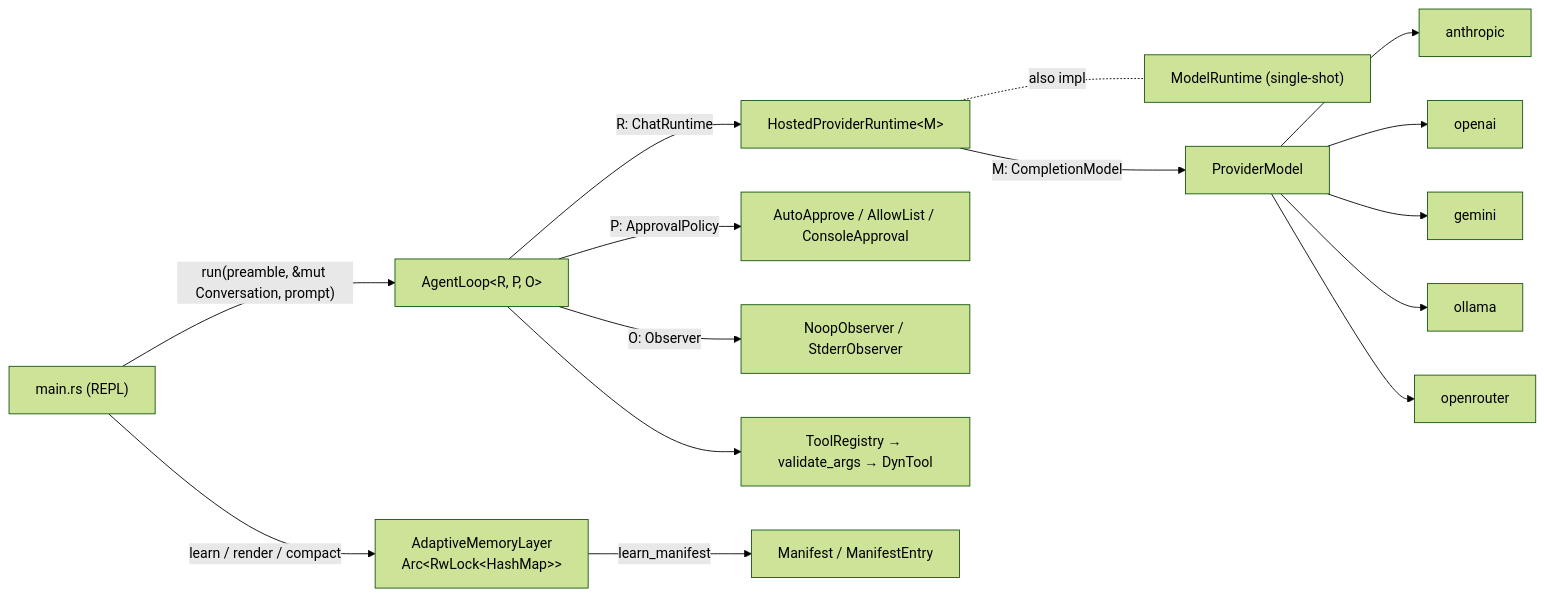
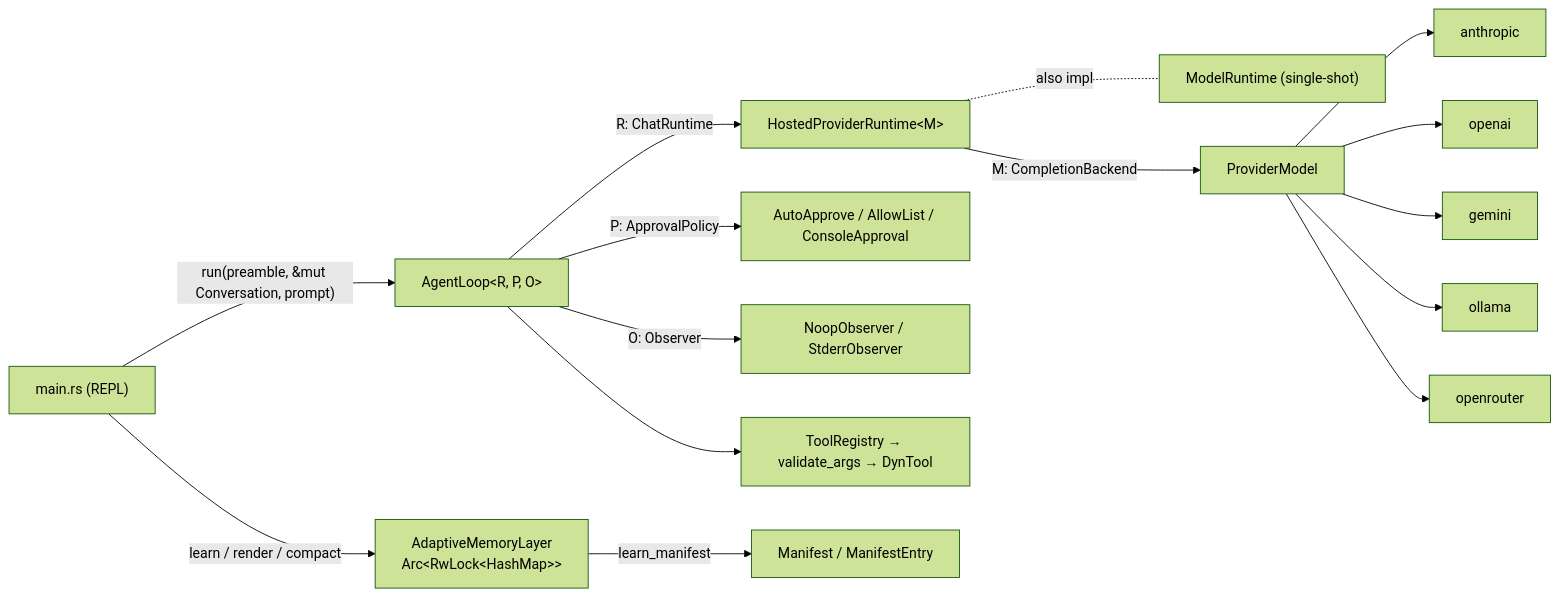
Before and after one commit to khttang/rust: the first of 3 diagrams in agent-harness/README.md, drawn with Mermaid (forest theme). The commit also changed other lines of this file and 17 other files, not shown here.

````diff
--- a/agent-harness/README.md
+++ b/agent-harness/README.md
@@ -78,17 +78,17 @@
 ```mermaid
 flowchart LR
     CLI["main.rs (REPL)"] -->|"run(preamble, &mut Conversation, prompt)"| AL["AgentLoop&lt;R, P, O&gt;"]
     AL -->|"R: ChatRuntime"| HPR["HostedProviderRuntime&lt;M&gt;"]
     AL -->|"P: ApprovalPolicy"| POL["AutoApprove / AllowList / ConsoleApproval"]
     AL -->|"O: Observer"| OBS["NoopObserver / StderrObserver"]
     AL --> REG["ToolRegistry → validate_args → DynTool"]
     HPR -.also impl.- MR["ModelRuntime (single-shot)"]
-    HPR -->|"M: CompletionModel"| PM["ProviderModel"]
+    HPR -->|"M: CompletionBackend"| PM["ProviderModel"]
     PM --> A[anthropic]
     PM --> OA[openai]
     PM --> G[gemini]
     PM --> OL[ollama]
     PM --> OR[openrouter]
     CLI -->|"learn / render / compact"| MEM["AdaptiveMemoryLayer<br/>Arc&lt;RwLock&lt;HashMap&gt;&gt;"]
     MEM -->|"learn_manifest"| MAN["Manifest / ManifestEntry"]
 ```
````
